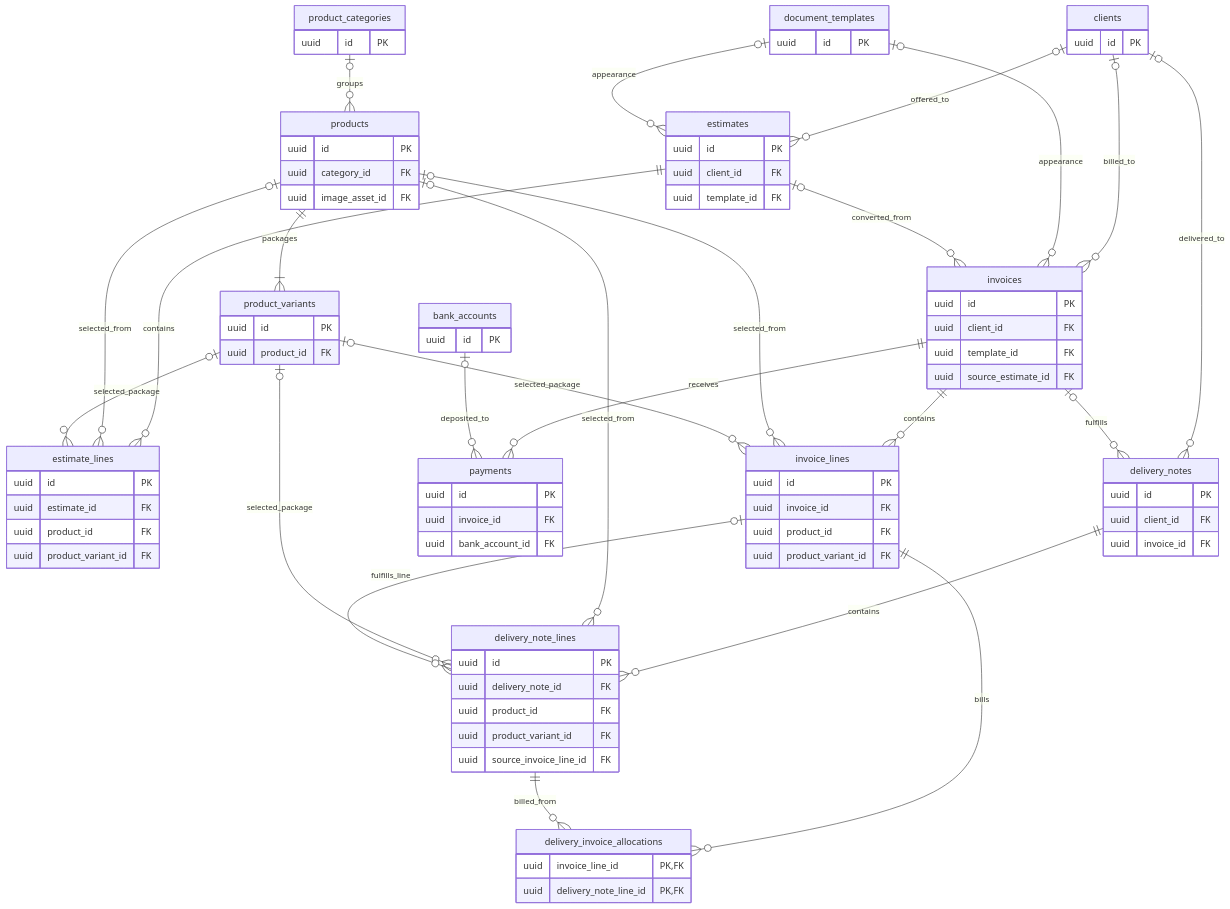
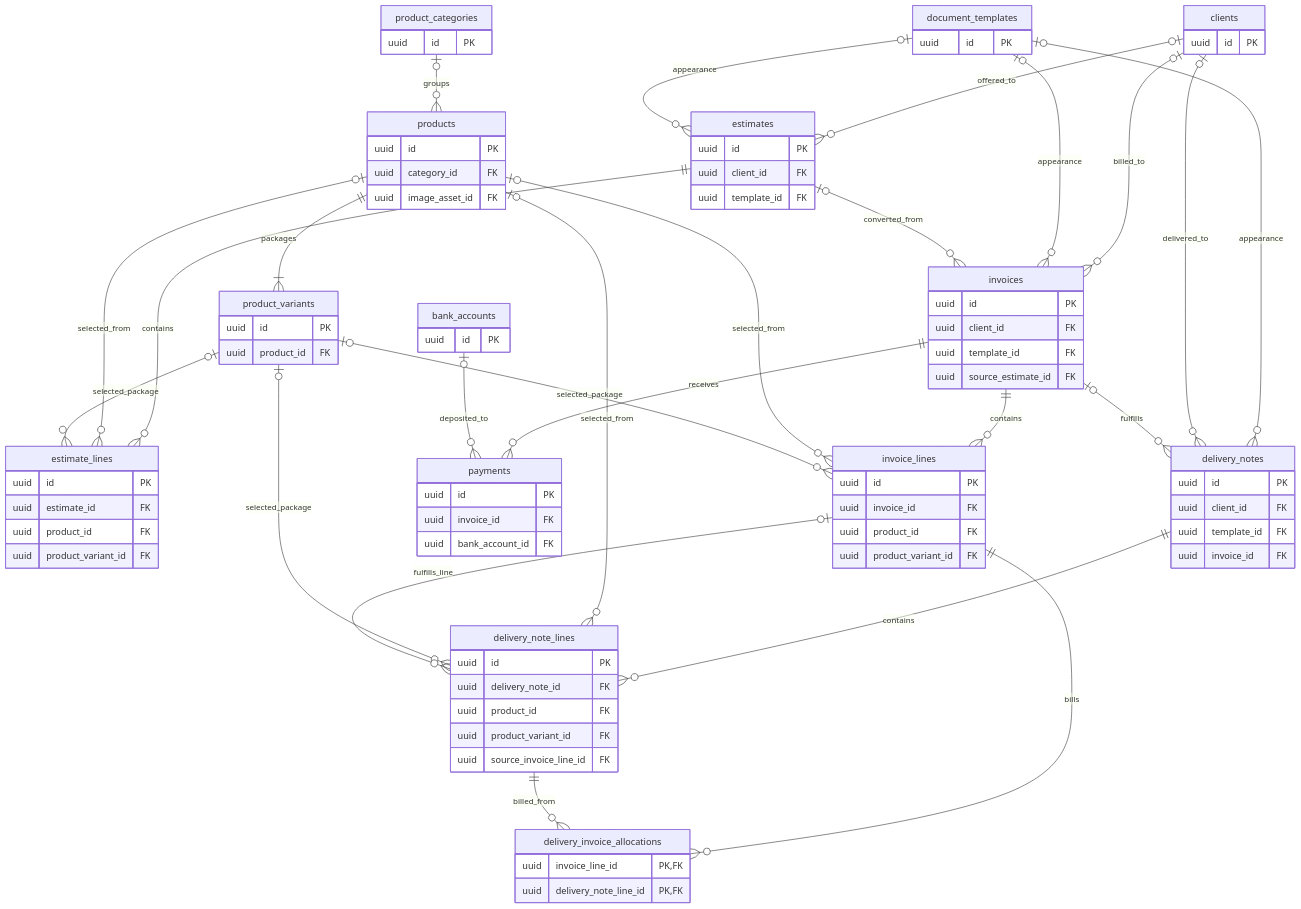
Before and after one commit to bamoya/slama-finance: the fourth of 11 diagrams in docs/database-schema-design.md, drawn with Mermaid. The commit also changed other lines of this file and 34 other files, not shown here.

Commit message:
fix: align delivery templates and improve deletion options

````diff
--- a/docs/database-schema-design.md
+++ b/docs/database-schema-design.md
@@ -195,63 +196,65 @@
 ```mermaid
 erDiagram
     clients { uuid id PK }
     product_categories { uuid id PK }
     products { uuid id PK
         uuid category_id FK
         uuid image_asset_id FK }
     product_variants { uuid id PK
         uuid product_id FK }
     bank_accounts { uuid id PK }
     document_templates { uuid id PK }
     invoices { uuid id PK
         uuid client_id FK
         uuid template_id FK
         uuid source_estimate_id FK }
     estimates { uuid id PK
         uuid client_id FK
         uuid template_id FK }
     estimate_lines { uuid id PK
         uuid estimate_id FK
         uuid product_id FK
         uuid product_variant_id FK }
     invoice_lines { uuid id PK
         uuid invoice_id FK
         uuid product_id FK
         uuid product_variant_id FK }
     payments { uuid id PK
         uuid invoice_id FK
         uuid bank_account_id FK }
     delivery_notes { uuid id PK
         uuid client_id FK
+        uuid template_id FK
         uuid invoice_id FK }
     delivery_note_lines { uuid id PK
         uuid delivery_note_id FK
         uuid product_id FK
         uuid product_variant_id FK
         uuid source_invoice_line_id FK }
     delivery_invoice_allocations { uuid invoice_line_id PK, FK
         uuid delivery_note_line_id PK, FK }
     product_categories o|--o{ products : groups
     products ||--|{ product_variants : packages
     clients o|--o{ invoices : billed_to
     document_templates o|--o{ invoices : appearance
     estimates o|--o{ invoices : converted_from
     clients o|--o{ estimates : offered_to
     document_templates o|--o{ estimates : appearance
+    document_templates o|--o{ delivery_notes : appearance
     estimates ||--o{ estimate_lines : contains
     products o|--o{ estimate_lines : selected_from
     product_variants o|--o{ estimate_lines : selected_package
     invoices ||--o{ invoice_lines : contains
     products o|--o{ invoice_lines : selected_from
     product_variants o|--o{ invoice_lines : selected_package
     invoices ||--o{ payments : receives
     bank_accounts o|--o{ payments : deposited_to
     clients o|--o{ delivery_notes : delivered_to
     invoices o|--o{ delivery_notes : fulfills
     delivery_notes ||--o{ delivery_note_lines : contains
     products o|--o{ delivery_note_lines : selected_from
     product_variants o|--o{ delivery_note_lines : selected_package
     invoice_lines o|--o{ delivery_note_lines : fulfills_line
     invoice_lines ||--o{ delivery_invoice_allocations : bills
     delivery_note_lines ||--o{ delivery_invoice_allocations : billed_from
 ```
````
